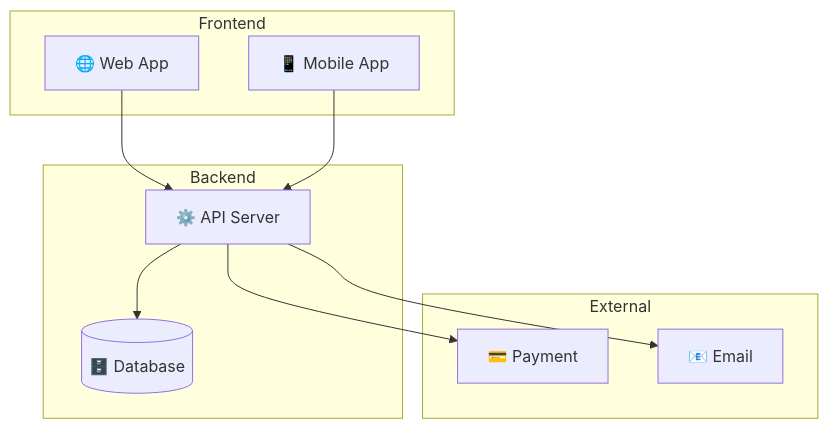
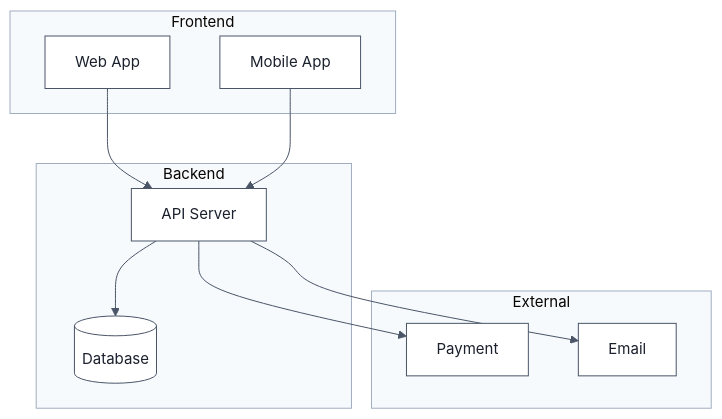
The first of 4 diagrams in BA-agent/BA-document-rule/templates/srs.md (sonbui31/BA-studies), drawn with Mermaid before and after one commit. The commit also changed other lines of this file and 97 other files, not shown here.

First line of the commit message:
Add diagram linting and rendering tools with tests

````diff
--- a/BA-agent/BA-document-rule/templates/srs.md
+++ b/BA-agent/BA-document-rule/templates/srs.md
@@ -61,23 +61,24 @@
 ```mermaid
+%%{init: {"theme": "base", "fontFamily": "Arial, Helvetica, sans-serif", "themeVariables": {"fontSize": "15px", "primaryColor": "#FFFFFF", "primaryBorderColor": "#4A5568", "primaryTextColor": "#1A202C", "lineColor": "#4A5568", "secondaryColor": "#F7FAFC", "tertiaryColor": "#F7FAFC", "clusterBkg": "#F7FAFC", "clusterBorder": "#A0AEC0", "edgeLabelBackground": "#FFFFFF", "actorBkg": "#EBF8FF", "actorBorder": "#2B6CB0", "noteBkgColor": "#FFF8E1", "noteBorderColor": "#B7791F"}}}%%
 graph TB
     subgraph "Frontend"
-        WEB["🌐 Web App"]
-        MOB["📱 Mobile App"]
+        WEB["Web App"]
+        MOB["Mobile App"]
     end
 
     subgraph "Backend"
-        API["⚙️ API Server"]
-        DB[("🗄️ Database")]
+        API["API Server"]
+        DB[("Database")]
     end
 
     subgraph "External"
-        PAY["💳 Payment"]
-        EMAIL["📧 Email"]
+        PAY["Payment"]
+        EMAIL["Email"]
     end
 
     WEB --> API
     MOB --> API
     API --> DB
     API --> PAY
     API --> EMAIL
 ```
````
